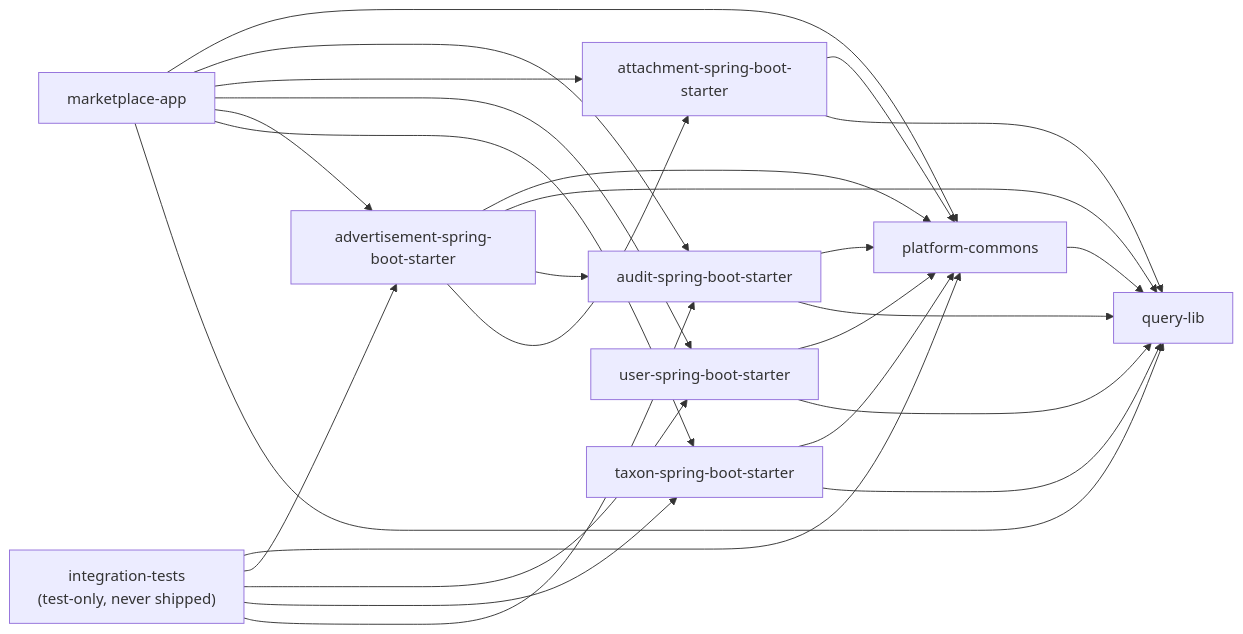
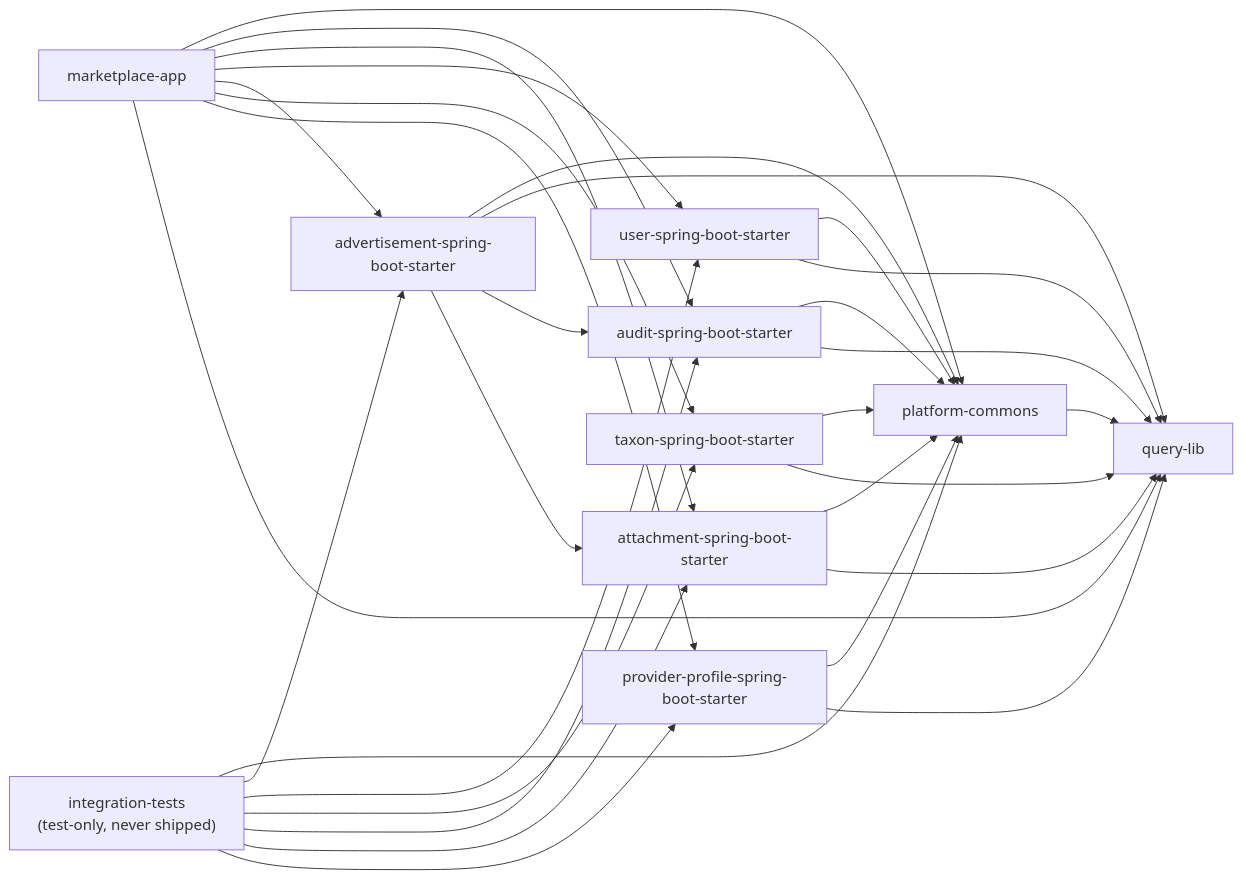
One commit to OstMutant/Advertisement changed the diagram in docs/architecture/01-module-dependencies.md. Above: the diagram before and after it, drawn with Mermaid. The commit also changed other lines of this file and 25 other files, not shown here.

````diff
--- a/docs/architecture/01-module-dependencies.md
+++ b/docs/architecture/01-module-dependencies.md
@@ -9,38 +9,44 @@
 ```mermaid
 graph LR
     QL["query-lib"]
     PC["platform-commons"]
     AUD["audit-spring-boot-starter"]
     ATT["attachment-spring-boot-starter"]
     USR["user-spring-boot-starter"]
     ADV["advertisement-spring-boot-starter"]
     TAX["taxon-spring-boot-starter"]
+    PROV["provider-profile-spring-boot-starter"]
     APP["marketplace-app"]
     IT["integration-tests<br/>(test-only, never shipped)"]
 
     PC --> QL
     AUD --> PC
     AUD --> QL
     ATT --> PC
     ATT --> QL
     USR --> PC
     USR --> QL
     ADV --> PC
     ADV --> QL
     ADV --> AUD
     ADV --> ATT
     TAX --> PC
     TAX --> QL
+    PROV --> PC
+    PROV --> QL
     APP --> PC
     APP --> AUD
     APP --> ATT
     APP --> USR
     APP --> ADV
     APP --> TAX
+    APP --> PROV
     APP --> QL
     IT --> PC
     IT --> ADV
     IT --> USR
     IT --> TAX
     IT --> AUD
+    IT --> ATT
+    IT --> PROV
 ```
````
